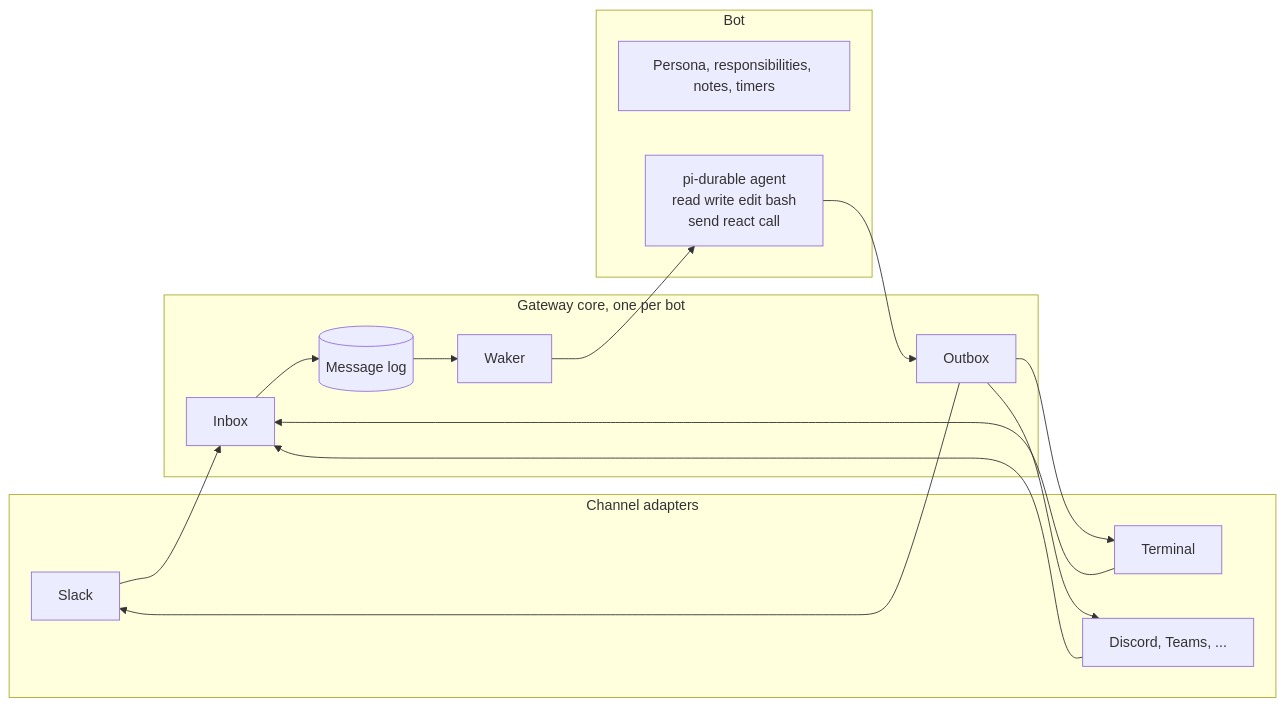
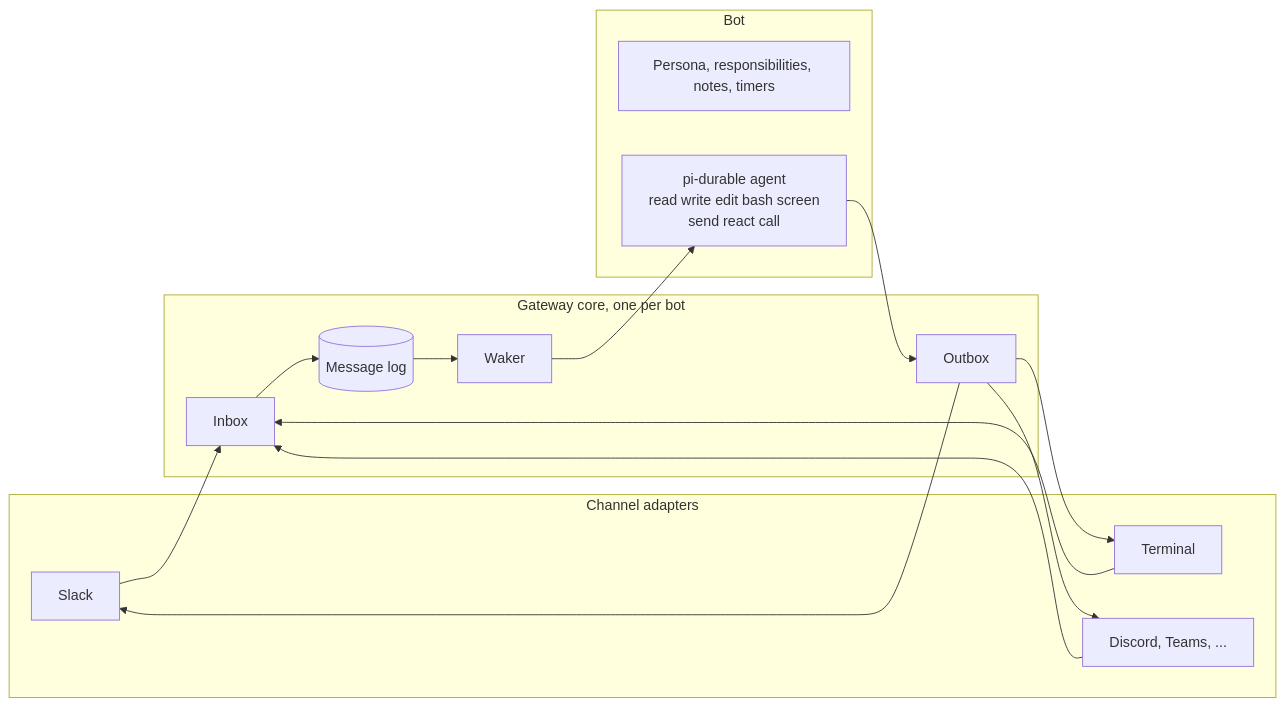
The second of 2 diagrams in README.md (Crokily/pi-durable-bot), drawn with Mermaid before and after one commit. The commit also changed other lines of this file and 9 other files, not shown here.

First line of the commit message:
One agent at a time on a screen: the screen tool runs commands with the screen's environment and holds a lease on it

````diff
--- a/README.md
+++ b/README.md
@@ -197,25 +199,25 @@
 ```mermaid
 flowchart LR
   subgraph Adapters[Channel adapters]
     S[Slack]
     T[Terminal]
     D[Discord, Teams, ...]
   end
   subgraph Gateway[Gateway core, one per bot]
     I[Inbox] --> G[(Message log)]
     G --> K[Waker]
     O[Outbox]
   end
   subgraph Bot[Bot]
     P[Persona, responsibilities, notes, timers]
-    A[pi-durable agent<br/>read write edit bash<br/>send react call]
+    A[pi-durable agent<br/>read write edit bash screen<br/>send react call]
   end
   S --> I
   T --> I
   D --> I
   K --> A
   A --> O
   O --> S
   O --> T
   O --> D
 ```
````
